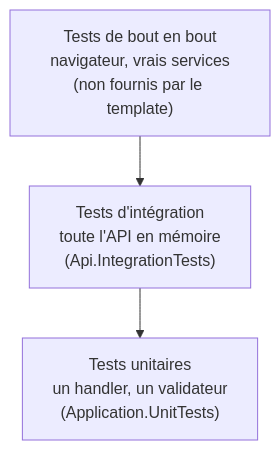
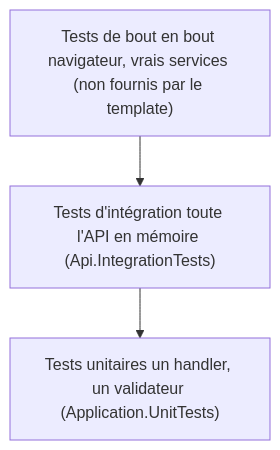
Before and after one commit to FlorianDrevet/template-CQRS: the first of 2 diagrams in docs/wiki/Tests.md, drawn with Mermaid. The commit also changed 16 other files, not shown here.

Commit message:
docs: fix reference review findings and strip HTML from wiki mermaid labels

````diff
--- a/docs/wiki/Tests.md
+++ b/docs/wiki/Tests.md
@@ -11,7 +11,7 @@
 ```mermaid
 graph TD
-    E2E["Tests de bout en bout<br/>navigateur, vrais services<br/>(non fournis par le template)"]
-    INT["Tests d'intégration<br/>toute l'API en mémoire<br/>(Api.IntegrationTests)"]
-    UNIT["Tests unitaires<br/>un handler, un validateur<br/>(Application.UnitTests)"]
+    E2E["Tests de bout en bout navigateur, vrais services (non fournis par le template)"]
+    INT["Tests d'intégration toute l'API en mémoire (Api.IntegrationTests)"]
+    UNIT["Tests unitaires un handler, un validateur (Application.UnitTests)"]
     E2E --> INT --> UNIT
 ```
````
